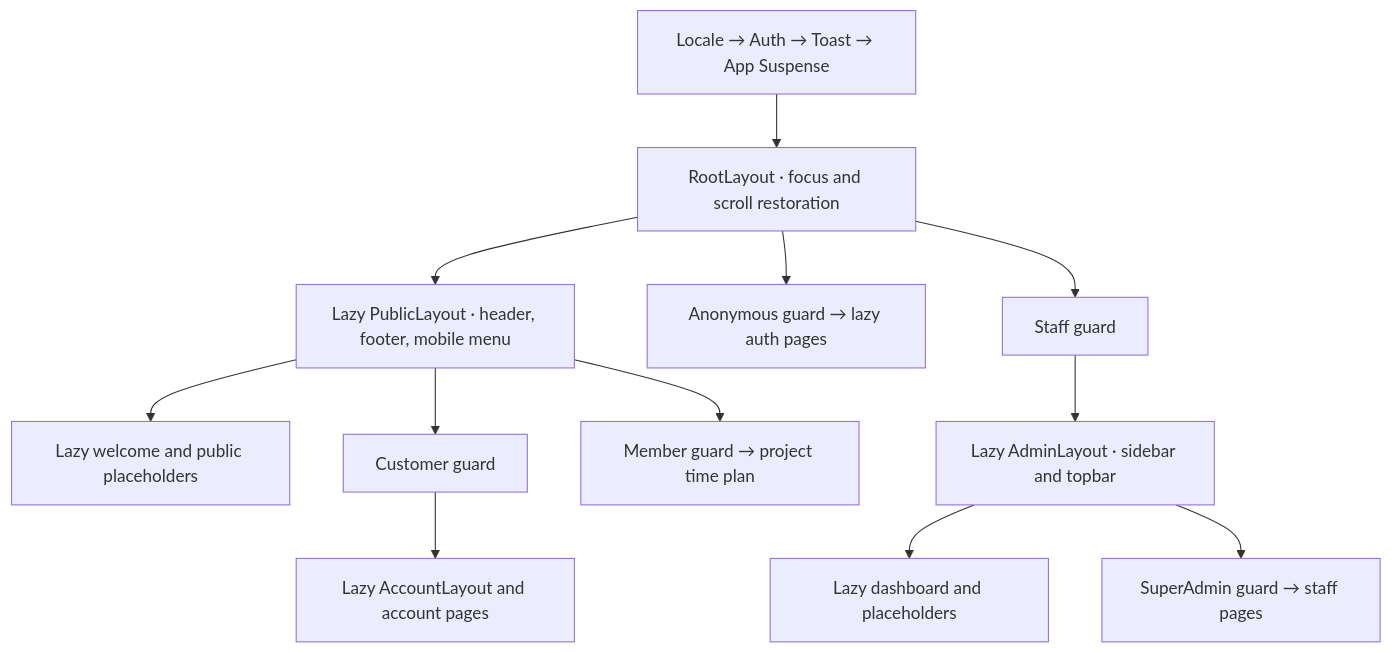
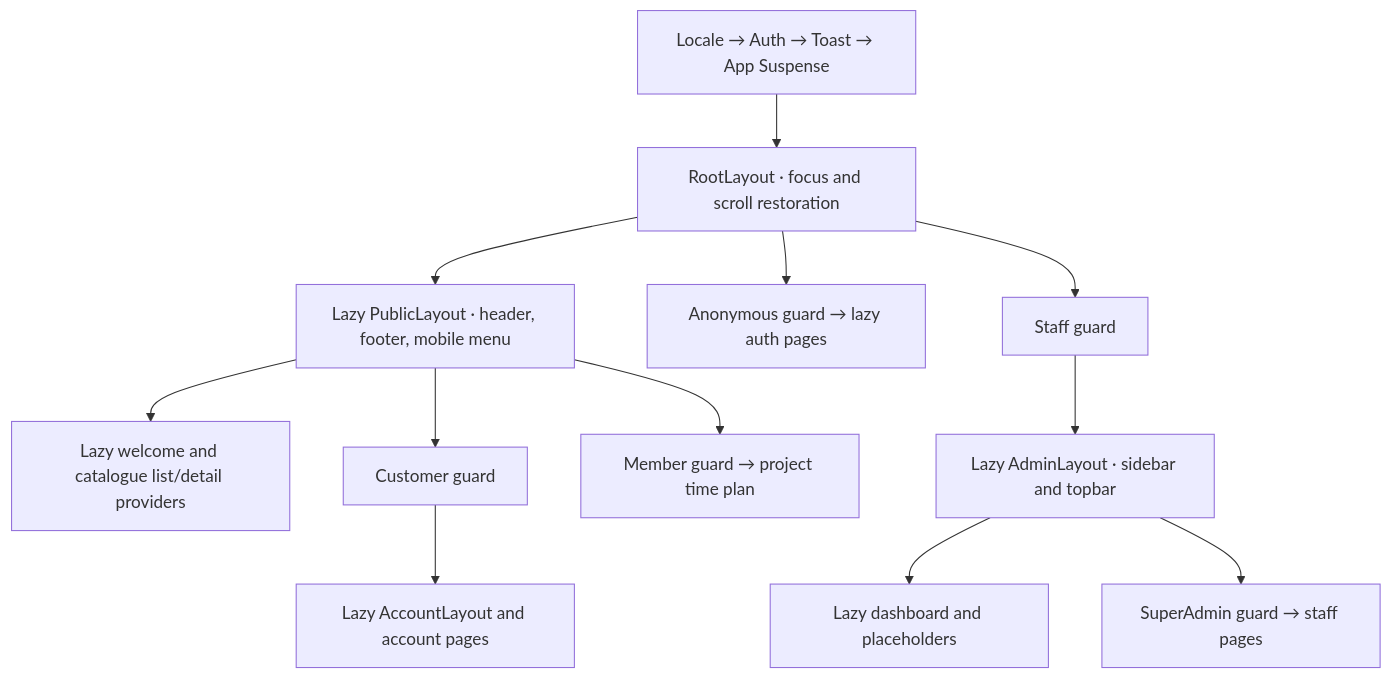
The diagram in docs/routing-access.md (mazen-khattab/Brouj_front-end), drawn with Mermaid before and after one commit. The commit also changed other lines of this file and 76 other files, not shown here.

````diff
--- a/docs/routing-access.md
+++ b/docs/routing-access.md
@@ -73,14 +73,14 @@
 ```mermaid
 flowchart TD
     Foundations[Locale → Auth → Toast → App Suspense] --> Root[RootLayout · focus and scroll restoration]
     Root --> Public[Lazy PublicLayout · header, footer, mobile menu]
-    Public --> PublicPages[Lazy welcome and public placeholders]
+    Public --> PublicPages[Lazy welcome and catalogue list/detail providers]
     Public --> CustomerGuard[Customer guard]
     CustomerGuard --> Account[Lazy AccountLayout and account pages]
     Public --> MemberGuard[Member guard → project time plan]
     Root --> AnonymousGuard[Anonymous guard → lazy auth pages]
     Root --> StaffGuard[Staff guard]
     StaffGuard --> Admin[Lazy AdminLayout · sidebar and topbar]
     Admin --> AdminPages[Lazy dashboard and placeholders]
     Admin --> SuperGuard[SuperAdmin guard → staff pages]
 ```
````
